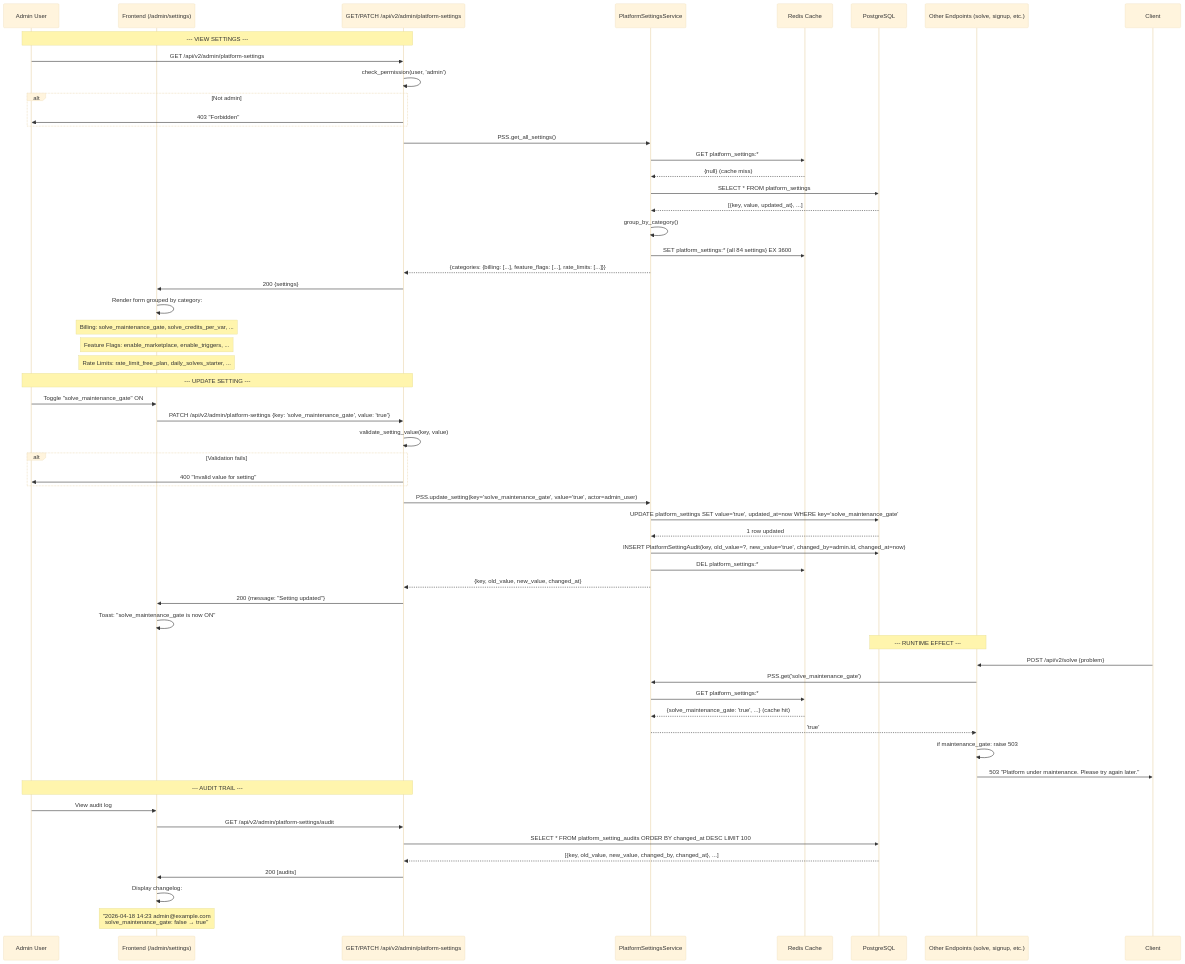
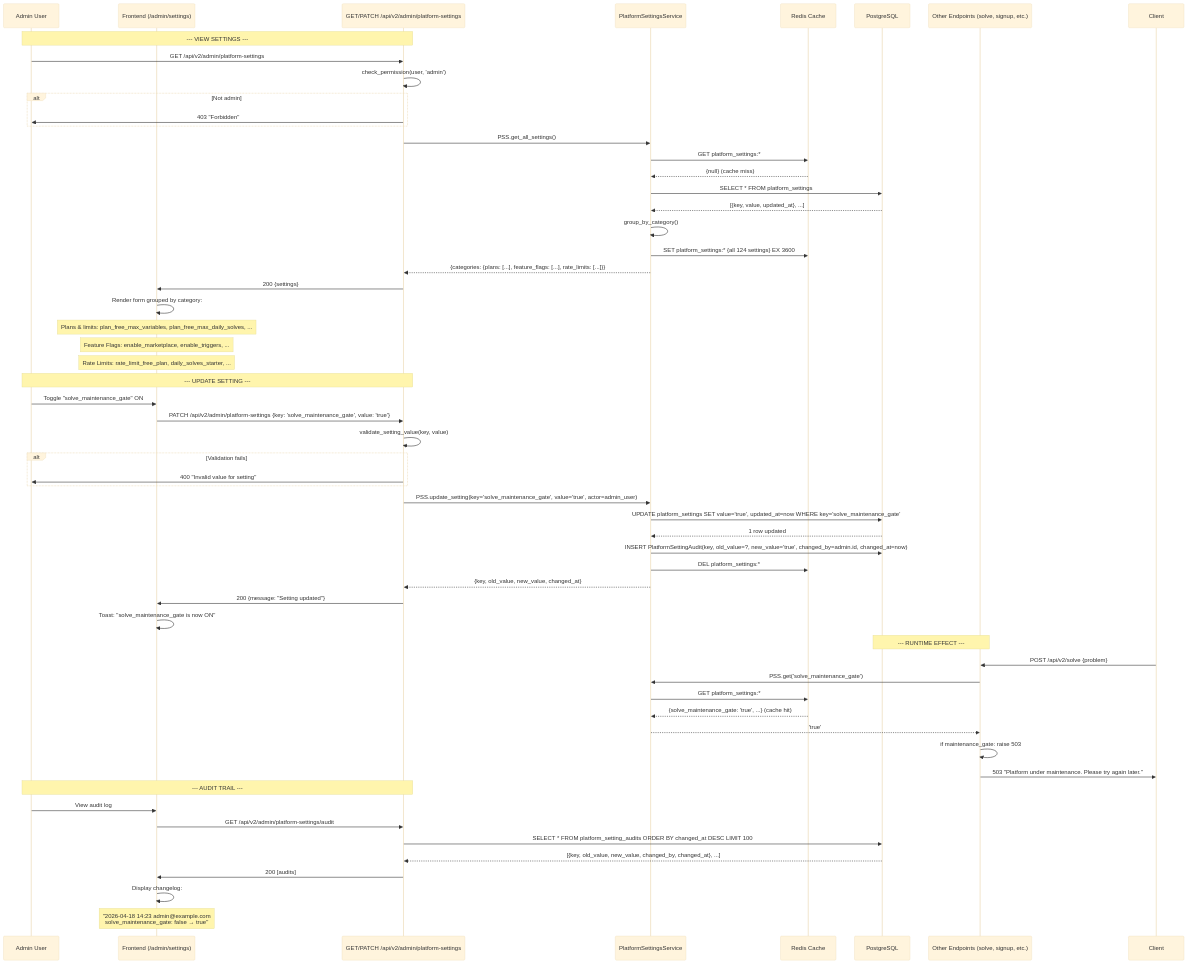
One commit to avallavall/jaot changed the diagram in docs/ARCHITECTURE/07-use-cases/06-admin-settings.md. Above: the diagram before and after it, drawn with Mermaid (base theme). The commit also changed other lines of this file and 24 other files, not shown here.

First line of the commit message:
docs(platform): ADR-008 slice 6 — adapt the living architecture docs to the credit-free reality

````diff
--- a/docs/ARCHITECTURE/07-use-cases/06-admin-settings.md
+++ b/docs/ARCHITECTURE/07-use-cases/06-admin-settings.md
@@ -7,71 +7,71 @@
 ```mermaid
 sequenceDiagram
     participant Admin as Admin User
     participant Frontend as Frontend (/admin/settings)
     participant API as GET/PATCH /api/v2/admin/platform-settings
     participant PSS as PlatformSettingsService
     participant Cache as Redis Cache
     participant DB as PostgreSQL
     participant APIEndpoints as Other Endpoints (solve, signup, etc.)
     
     note over Admin,API: --- VIEW SETTINGS ---
     Admin->>API: GET /api/v2/admin/platform-settings
     API->>API: check_permission(user, 'admin')
     alt Not admin
         API->>Admin: 403 "Forbidden"
     end
     
     API->>PSS: PSS.get_all_settings()
     PSS->>Cache: GET platform_settings:*
     Cache-->>PSS: {null} (cache miss)
     PSS->>DB: SELECT * FROM platform_settings
     DB-->>PSS: [{key, value, updated_at}, ...]
     PSS->>PSS: group_by_category()
-    PSS->>Cache: SET platform_settings:* {all 84 settings} EX 3600
-    PSS-->>API: {categories: {billing: [...], feature_flags: [...], rate_limits: [...]}}
+    PSS->>Cache: SET platform_settings:* {all 124 settings} EX 3600
+    PSS-->>API: {categories: {plans: [...], feature_flags: [...], rate_limits: [...]}}
     
     API->>Frontend: 200 {settings}
     Frontend->>Frontend: Render form grouped by category:
-    note over Frontend: Billing: solve_maintenance_gate, solve_credits_per_var, ...
+    note over Frontend: Plans & limits: plan_free_max_variables, plan_free_max_daily_solves, ...
     note over Frontend: Feature Flags: enable_marketplace, enable_triggers, ...
     note over Frontend: Rate Limits: rate_limit_free_plan, daily_solves_starter, ...
     
     note over Admin,API: --- UPDATE SETTING ---
     Admin->>Frontend: Toggle "solve_maintenance_gate" ON
     Frontend->>API: PATCH /api/v2/admin/platform-settings {key: 'solve_maintenance_gate', value: 'true'}
     
     API->>API: validate_setting_value(key, value)
     alt Validation fails
         API->>Admin: 400 "Invalid value for setting"
     end
     
     API->>PSS: PSS.update_setting(key='solve_maintenance_gate', value='true', actor=admin_user)
     PSS->>DB: UPDATE platform_settings SET value='true', updated_at=now WHERE key='solve_maintenance_gate'
     DB-->>PSS: 1 row updated
     
     PSS->>DB: INSERT PlatformSettingAudit(key, old_value=?, new_value='true', changed_by=admin.id, changed_at=now)
     PSS->>Cache: DEL platform_settings:*
     PSS-->>API: {key, old_value, new_value, changed_at}
     
     API->>Frontend: 200 {message: "Setting updated"}
     Frontend->>Frontend: Toast: "solve_maintenance_gate is now ON"
     
     note over APIEndpoints,DB: --- RUNTIME EFFECT ---
     Client->>APIEndpoints: POST /api/v2/solve {problem}
     APIEndpoints->>PSS: PSS.get('solve_maintenance_gate')
     PSS->>Cache: GET platform_settings:*
     Cache-->>PSS: {solve_maintenance_gate: 'true', ...} (cache hit)
     PSS-->>APIEndpoints: 'true'
     
     APIEndpoints->>APIEndpoints: if maintenance_gate: raise 503
     APIEndpoints->>Client: 503 "Platform under maintenance. Please try again later."
     
     note over Admin,API: --- AUDIT TRAIL ---
     Admin->>Frontend: View audit log
     Frontend->>API: GET /api/v2/admin/platform-settings/audit
     API->>DB: SELECT * FROM platform_setting_audits ORDER BY changed_at DESC LIMIT 100
     DB-->>API: [{key, old_value, new_value, changed_by, changed_at}, ...]
     API->>Frontend: 200 [audits]
     Frontend->>Frontend: Display changelog:
     note over Frontend: "2026-04-18 14:23 admin@example.com<br/>solve_maintenance_gate: false → true"
 ```
````
